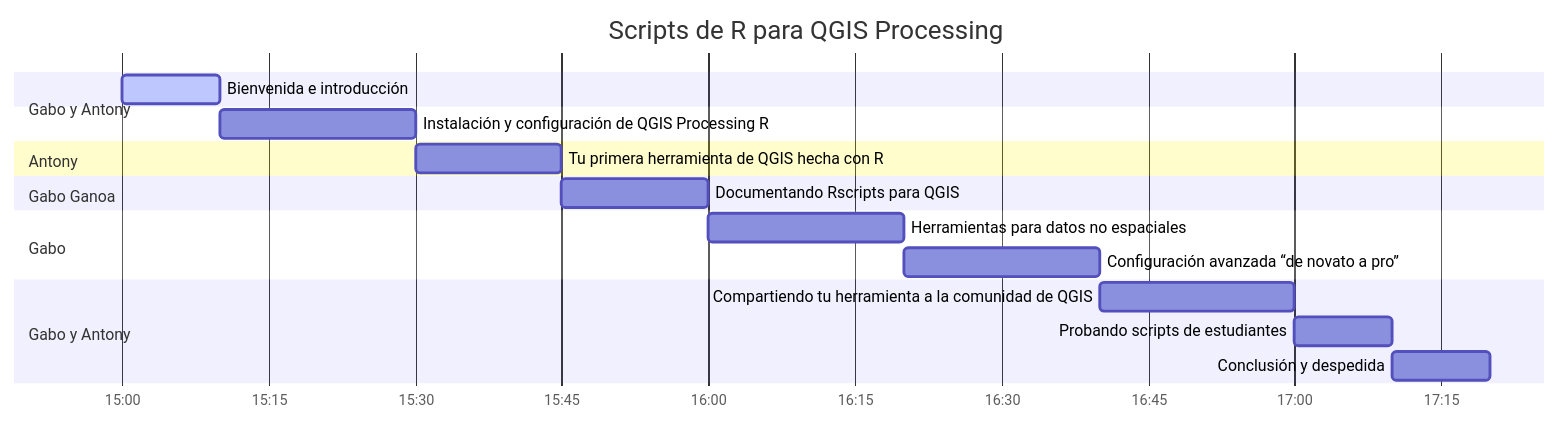
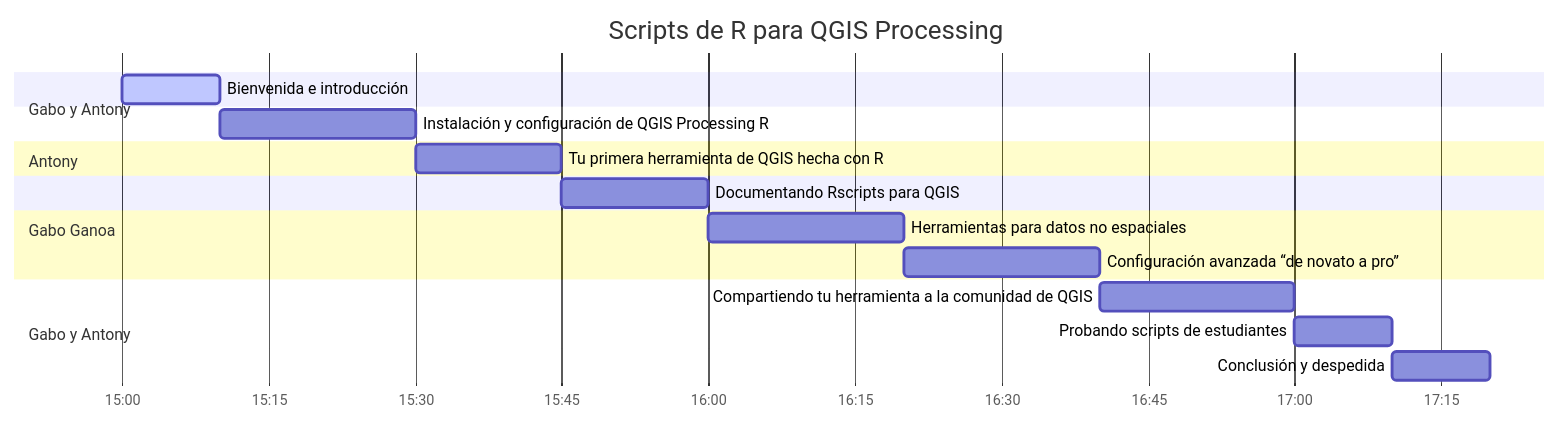
One commit to gavg712/taller-r-scripts-for-qgis changed the diagram in README.md. Above: the diagram before and after it, drawn with Mermaid. The commit also changed other lines of this file, not shown here.

````diff
--- a/README.md
+++ b/README.md
@@ -33,27 +43,27 @@
 ```mermaid
 gantt
     title Scripts de R para QGIS Processing
     dateFormat HH:mm:ss
     axisFormat  %H:%M
 
     section Gabo y Antony
     Bienvenida e introducción : active, des1, 15:00:00, 10m
 
     section Antony
     Instalación y configuración de QGIS Processing R : des2, after des1, 20m
 
     section Gabo Ganoa
     Tu primera herramienta de QGIS hecha con R: des3, after des2,15m
 
     section Gabo y Antony
     Documentando Rscripts para QGIS: des4,after des3, 15m
     
-    section Gabo
+    section Gabo Ganoa
     Herramientas para datos no espaciales: des5,after des4, 20m
     Configuración avanzada “de novato a pro” : des6, after des5, 20m
     
     section Gabo y Antony 
     Compartiendo tu herramienta a la comunidad de QGIS: des7,after des6,20m
     Probando scripts de estudiantes: des8, after des7,10m
     Conclusión y despedida: des9, after des8,10m
 ```
````
